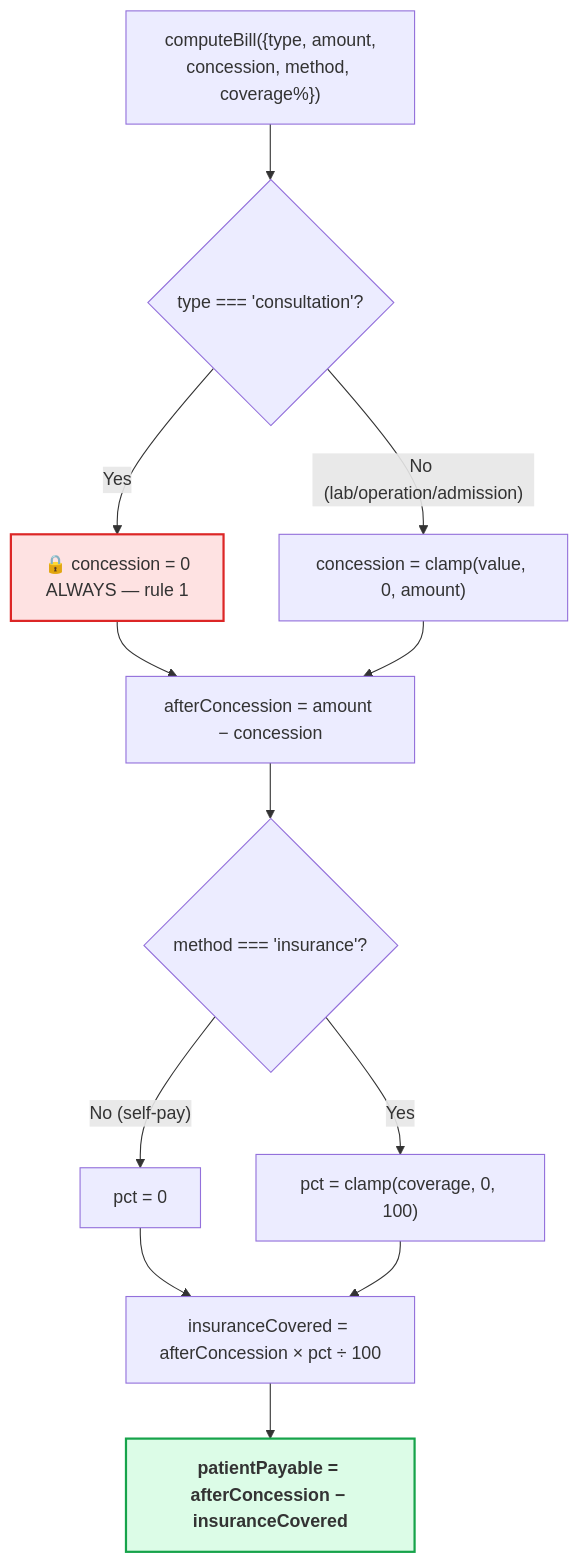
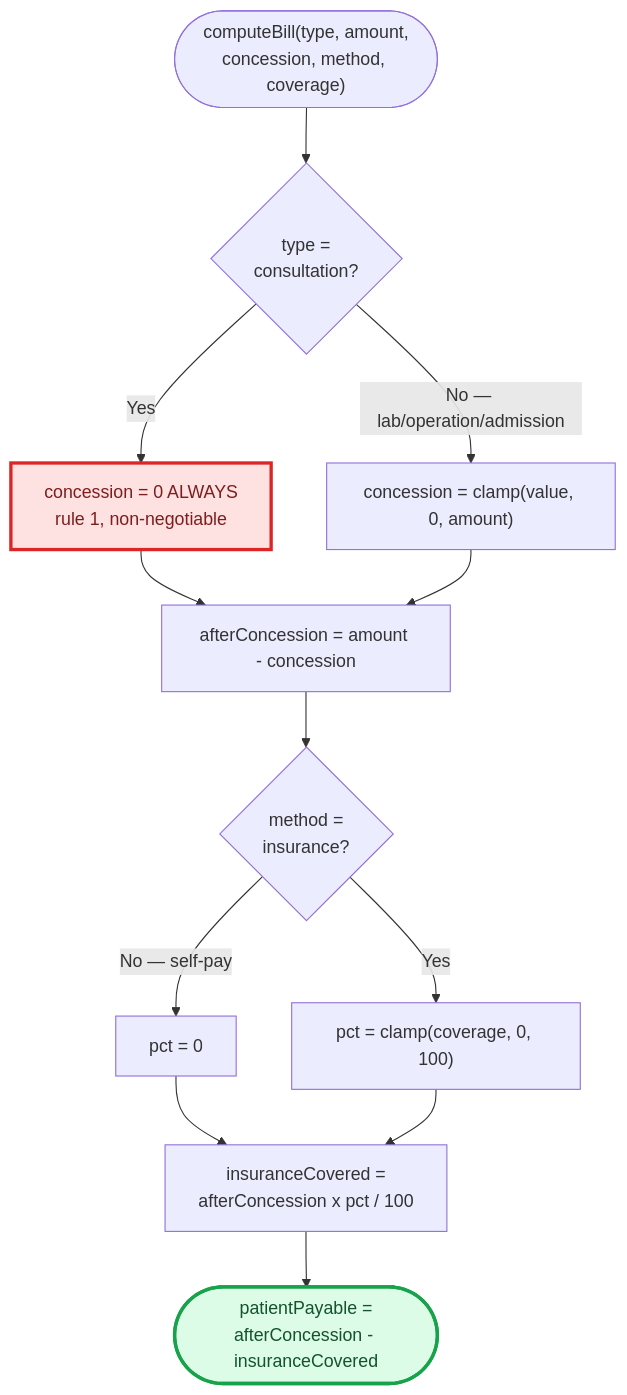
Diagram 18 of 22 in flow.md (themuzzamil/Hospital-Management-System), drawn with Mermaid before and after one commit. The commit also changed other lines of this file, not shown here.

````diff
--- a/flow.md
+++ b/flow.md
@@ -569,21 +575,19 @@
 ```mermaid
 flowchart TD
-    A["computeBill({type, amount,<br/>concession, method, coverage%})"] --> B{"type === 'consultation'?"}
+    A(["computeBill(type, amount,<br/>concession, method, coverage)"]) --> B{"type =<br/>consultation?"}
+    B -->|"Yes"| C["concession = 0 ALWAYS<br/>rule 1, non-negotiable"]
+    B -->|"No — lab/operation/admission"| D["concession = clamp(value, 0, amount)"]
+    C --> E["afterConcession = amount - concession"]
+    D --> E
+    E --> F{"method =<br/>insurance?"}
+    F -->|"No — self-pay"| G["pct = 0"]
+    F -->|"Yes"| H["pct = clamp(coverage, 0, 100)"]
+    G --> I["insuranceCovered =<br/>afterConcession x pct / 100"]
+    H --> I
+    I --> J(["patientPayable =<br/>afterConcession - insuranceCovered"])
 
-    B -->|"Yes"| C["🔒 concession = 0<br/>ALWAYS — rule 1"]
-    B -->|"No (lab/operation/admission)"| D["concession = clamp(value, 0, amount)"]
-
-    C --> E["afterConcession = amount − concession"]
-    D --> E
-
-    E --> F{"method === 'insurance'?"}
-    F -->|"No (self-pay)"| G["pct = 0"]
-    F -->|"Yes"| H["pct = clamp(coverage, 0, 100)"]
-
-    G --> I["insuranceCovered = afterConcession × pct ÷ 100"]
-    H --> I
-    I --> J["<b>patientPayable = afterConcession − insuranceCovered</b>"]
-
-    style C fill:#fee2e2,stroke:#dc2626,stroke-width:2px
-    style J fill:#dcfce7,stroke:#16a34a,stroke-width:2px
+    classDef gate fill:#fee2e2,stroke:#dc2626,stroke-width:3px,color:#7f1d1d
+    classDef good fill:#dcfce7,stroke:#16a34a,stroke-width:3px,color:#14532d
+    class C gate
+    class J good
 ```
````
